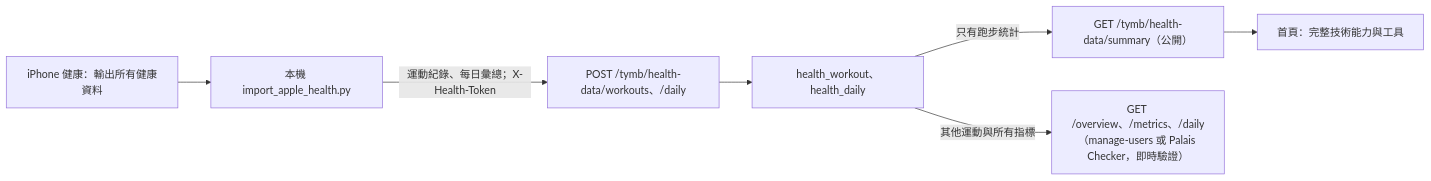
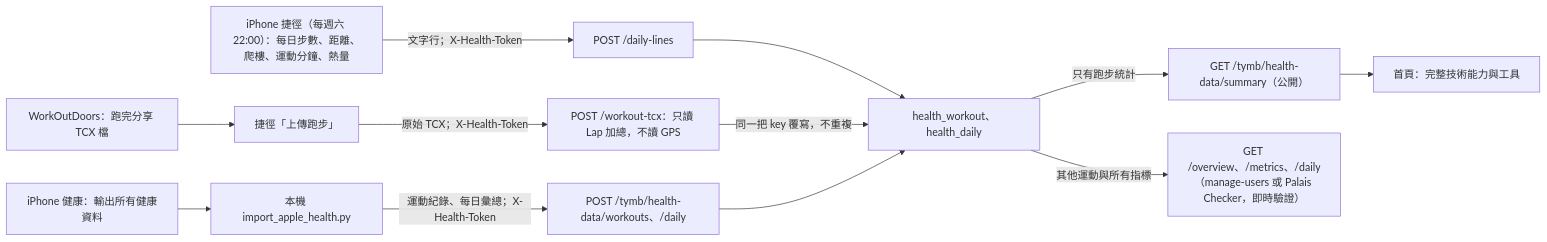
The diagram in docs/HEALTH_DATA.md (Vinskao/ty-multiverse-backend), drawn with Mermaid before and after one commit. The commit also changed other lines of this file and 6 other files, not shown here.

First line of the commit message:
Accept WorkOutDoors TCX workout files for the running statistics

````diff
--- a/docs/HEALTH_DATA.md
+++ b/docs/HEALTH_DATA.md
@@ -7,9 +7,14 @@
 ```mermaid
 flowchart LR
     P["iPhone 健康：輸出所有健康資料"] --> S["本機 import_apple_health.py"]
     S -->|"運動紀錄、每日彙總；X-Health-Token"| B["POST /tymb/health-data/workouts、/daily"]
+    K["iPhone 捷徑（每週六 22:00）：每日步數、距離、爬樓、運動分鐘、熱量"] -->|"文字行；X-Health-Token"| L["POST /daily-lines"]
+    W["WorkOutDoors：跑完分享 TCX 檔"] --> U["捷徑「上傳跑步」"]
+    U -->|"原始 TCX；X-Health-Token"| T["POST /workout-tcx：只讀 Lap 加總，不讀 GPS"]
+    L --> D
+    T -->|"同一把 key 覆寫，不重複"| D
     B --> D["health_workout、health_daily"]
     D -->|"只有跑步統計"| G["GET /tymb/health-data/summary（公開）"]
     D -->|"其他運動與所有指標"| O["GET /overview、/metrics、/daily（manage-users 或 Palais Checker，即時驗證）"]
     G --> F["首頁：完整技術能力與工具"]
 ```
````
